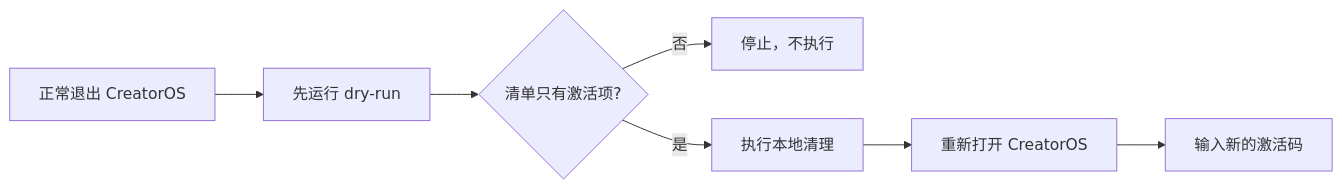
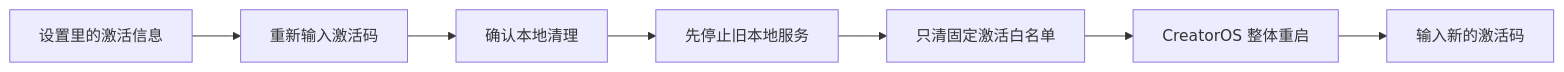
One commit to zzyong24/Thirdspace-creator changed the diagram in docs/testing/creatoros-activation-only-reset.md. Above: the diagram before and after it, drawn with Mermaid. The commit also changed other lines of this file and 24 other files, not shown here.

````diff
--- a/docs/testing/creatoros-activation-only-reset.md
+++ b/docs/testing/creatoros-activation-only-reset.md
@@ -6,9 +6,9 @@
 ```mermaid
 flowchart LR
-    A[正常退出 CreatorOS] --> B[先运行 dry-run]
-    B --> C{清单只有激活项?}
-    C -- 否 --> D[停止，不执行]
-    C -- 是 --> E[执行本地清理]
-    E --> F[重新打开 CreatorOS]
+    A[设置里的激活信息] --> B[重新输入激活码]
+    B --> C[确认本地清理]
+    C --> D[先停止旧本地服务]
+    D --> E[只清固定激活白名单]
+    E --> F[CreatorOS 整体重启]
     F --> G[输入新的激活码]
 ```
````
